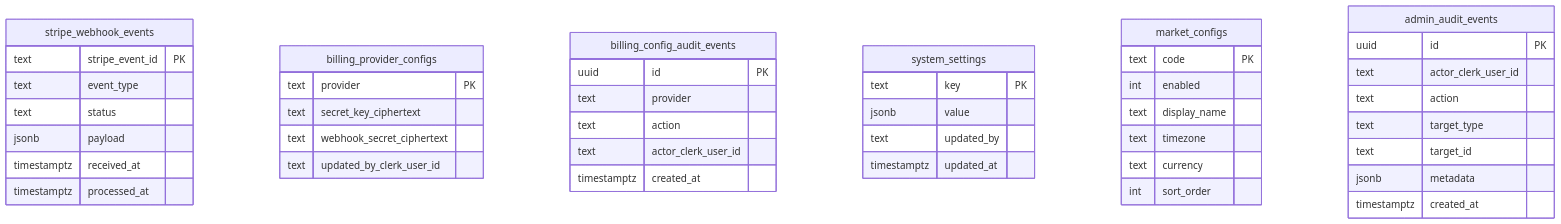
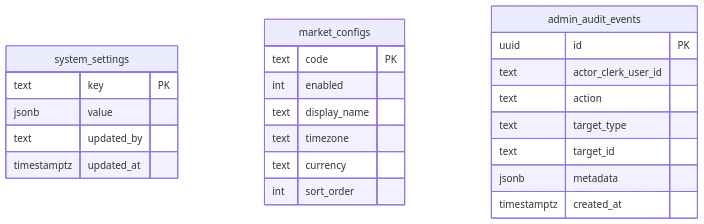
Before and after one commit to hypier/tradingagents-report: the eighth of 9 diagrams in tg-web/docs/DATABASE_DICTIONARY.md, drawn with Mermaid. The commit also changed other lines of this file and 5 other files, not shown here.

````diff
--- a/tg-web/docs/DATABASE_DICTIONARY.md
+++ b/tg-web/docs/DATABASE_DICTIONARY.md
@@ -233,52 +270,28 @@
 ```mermaid
 erDiagram
-    stripe_webhook_events {
-        text stripe_event_id PK
-        text event_type
-        text status
-        jsonb payload
-        timestamptz received_at
-        timestamptz processed_at
-    }
-
-    billing_provider_configs {
-        text provider PK
-        text secret_key_ciphertext
-        text webhook_secret_ciphertext
-        text updated_by_clerk_user_id
-    }
-
-    billing_config_audit_events {
-        uuid id PK
-        text provider
-        text action
-        text actor_clerk_user_id
-        timestamptz created_at
-    }
-
     system_settings {
         text key PK
         jsonb value
         text updated_by
         timestamptz updated_at
     }
 
     market_configs {
         text code PK
         int enabled
         text display_name
         text timezone
         text currency
         int sort_order
     }
 
     admin_audit_events {
         uuid id PK
         text actor_clerk_user_id
         text action
         text target_type
         text target_id
         jsonb metadata
         timestamptz created_at
     }
 ```
````
